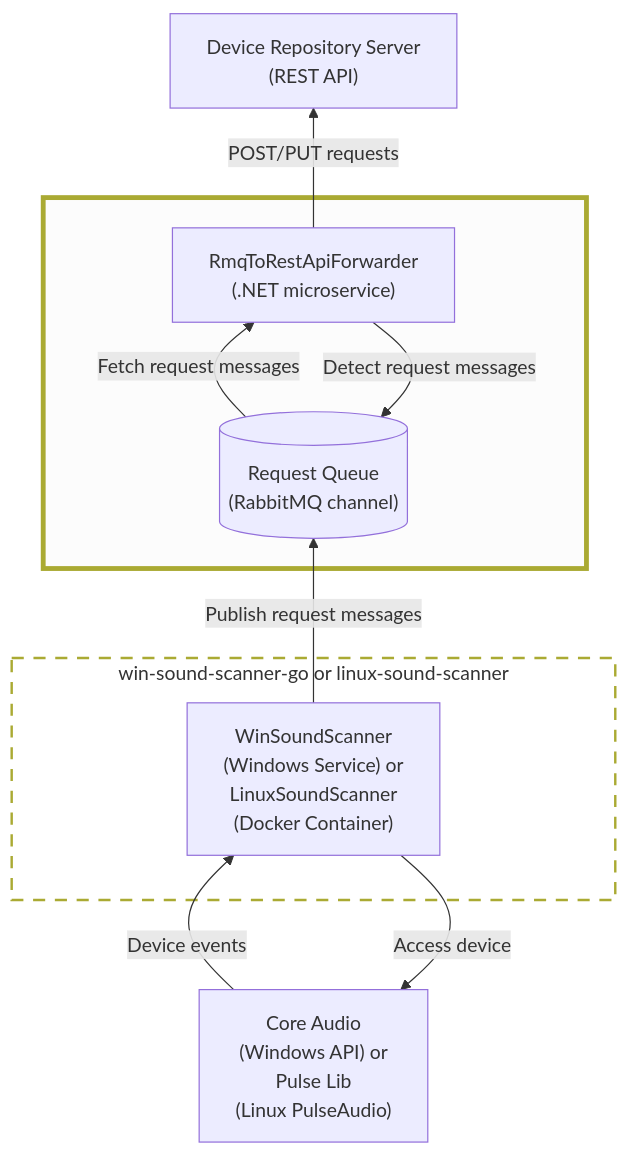
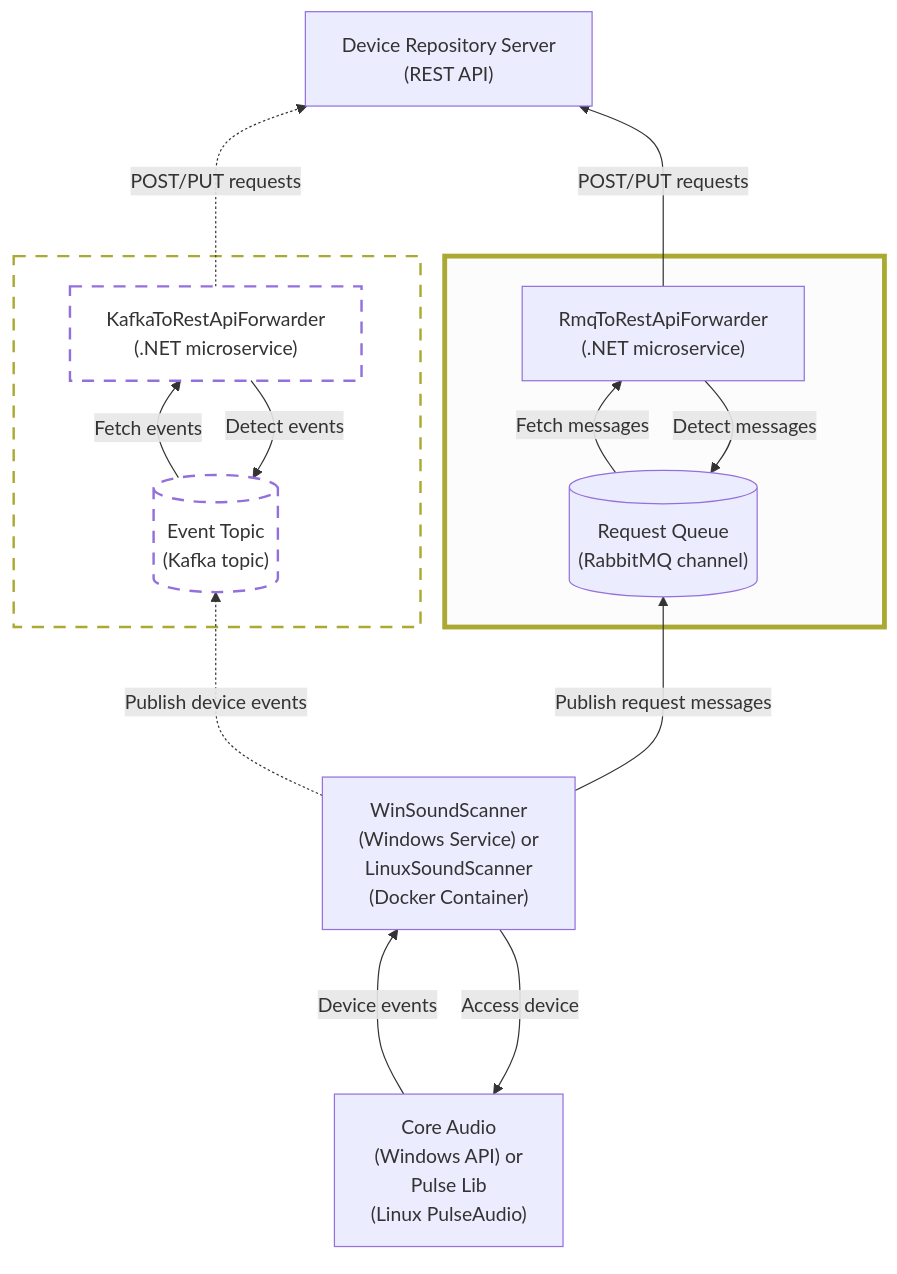
The first of 2 diagrams in README.md (collect-sound-devices/rmq-to-rest-api-forwarder), drawn with Mermaid before and after one commit. The commit also changed other lines of this file and 1 other file, not shown here.

Commit message:
README.md: clarify service functionality and enhance architecture diagram

````diff
--- a/README.md
+++ b/README.md
@@ -13,35 +15,43 @@
 ```mermaid
 flowchart BT
 
-classDef dottedBox fill:transparent, fill-opacity:0.55, stroke-dasharray:10 8, stroke-width:2px;
-classDef stressedBox fill:#f0f0f0,fill-opacity:0.2,stroke-width:4px;
-classDef invisibleNode fill:transparent, stroke:transparent;
+    classDef dottedBox fill:transparent, fill-opacity:0.55, stroke-dasharray:10 8, stroke-width:2px;
+    classDef stressedBox fill:#f0f0f0,fill-opacity:0.2,stroke-width:4px;
+    classDef invisibleNode fill:transparent, stroke:transparent;
 
-coreAudioApi["Core Audio<br>(Windows API) or<br>Pulse Lib<br>(Linux PulseAudio)"]
+    coreAudioApi["Core Audio<br>(Windows API) or<br>Pulse Lib<br>(Linux PulseAudio)"]
 
-subgraph scannerService["win-sound-scanner-go or linux-sound-scanner"]
-    invisible1["<br><br><br><br><br>"]
     class invisible1 invisibleNode
     winSoundScannerService["WinSoundScanner<br>(Windows Service) or<br>LinuxSoundScanner<br>(Docker Container)"]
     invisible2["<br><br><br><br><br>"]
     class invisible2 invisibleNode
-end
-class scannerService dottedBox
 
-subgraph requestQueueMicroservice["<br>"]
-    requestQueue[("Request Queue<br>(RabbitMQ channel)")]
-    rabbitMqRestForwarder["RmqToRestApiForwarder<br>(.NET microservice)"]
-end
-class requestQueueMicroservice stressedBox
+    subgraph eventTopicKafkaMicroservice["<br>"]
+        eventTopic[("Event Topic<br>(Kafka topic)")]
+        class eventTopic dottedBox
+        kafkaRestForwarder["KafkaToRestApiForwarder<br>(.NET microservice)"]
+        class kafkaRestForwarder dottedBox
+    end
+    class eventTopicKafkaMicroservice dottedBox
 
-deviceRepositoryApi["Device Repository Server<br>(REST API)"]
+    subgraph requestQueueRabbitMqMicroservice["<br>"]
+        requestQueue[("Request Queue<br>(RabbitMQ channel)")]
+        rabbitMqRestForwarder["RmqToRestApiForwarder<br>(.NET microservice)"]
+    end
+    class requestQueueRabbitMqMicroservice stressedBox
 
-winSoundScannerService --> |Access device| coreAudioApi
-coreAudioApi -->|Device events| winSoundScannerService
+    deviceRepositoryApi["Device Repository Server<br>(REST API)"]
 
-winSoundScannerService -->|Publish request messages| requestQueue
+    winSoundScannerService --> |Access device| coreAudioApi
+    coreAudioApi --->|Device events| winSoundScannerService
 
-requestQueue -->|Fetch request messages| rabbitMqRestForwarder
-rabbitMqRestForwarder --> |Detect request messages| requestQueue
-rabbitMqRestForwarder -->|POST/PUT requests| deviceRepositoryApi
+    winSoundScannerService -..-> |Publish device events| eventTopic
+    winSoundScannerService --->|Publish request messages| requestQueue
+
+    eventTopic -->|Fetch events| kafkaRestForwarder
+    kafkaRestForwarder --> |Detect events| eventTopic
+    kafkaRestForwarder -..->|POST/PUT requests| deviceRepositoryApi
+    requestQueue -->|Fetch messages| rabbitMqRestForwarder
+    rabbitMqRestForwarder --> |Detect messages| requestQueue
+    rabbitMqRestForwarder --->|POST/PUT requests| deviceRepositoryApi
 ```
````
